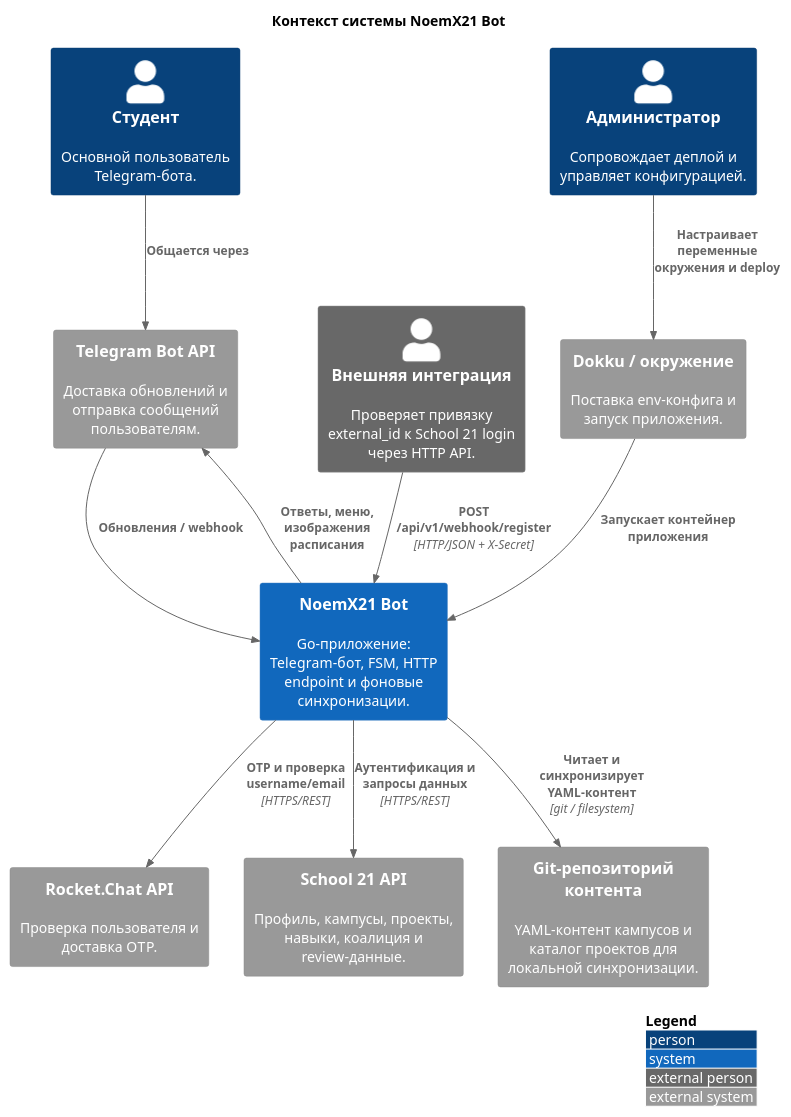
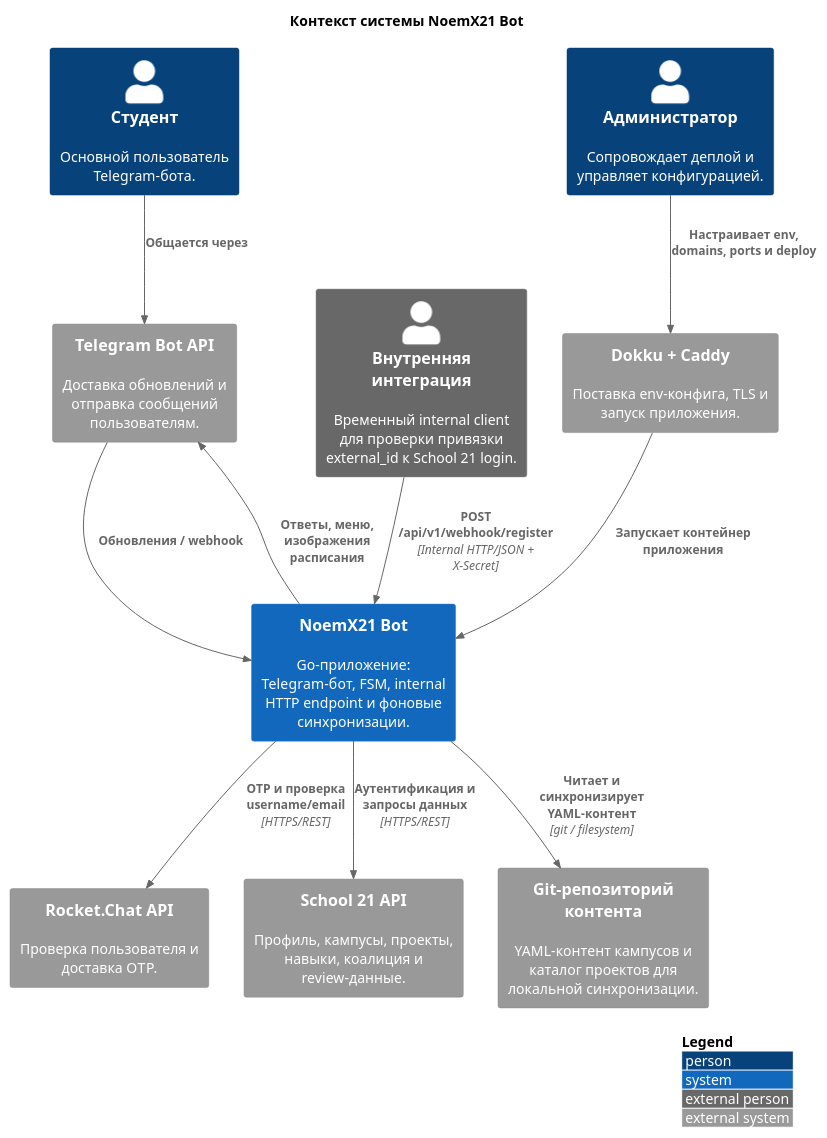
One commit to vgy789/NoemX21-bot changed the diagram in docs/c4/c4_context.puml. Above: the diagram before and after it, drawn with PlantUML. The commit also changed 16 other files, not shown here.

```diff
--- a/docs/c4/c4_context.puml
+++ b/docs/c4/c4_context.puml
@@ -1,32 +1,32 @@
 @startuml
 !include https://raw.githubusercontent.com/plantuml-stdlib/C4-PlantUML/master/C4_Context.puml
 
 LAYOUT_WITH_LEGEND()
 
 title Контекст системы NoemX21 Bot
 
 Person(student, "Студент", "Основной пользователь Telegram-бота.")
 Person(admin, "Администратор", "Сопровождает деплой и управляет конфигурацией.")
-Person_Ext(integrator, "Внешняя интеграция", "Проверяет привязку external_id к School 21 login через HTTP API.")
+Person_Ext(integrator, "Внутренняя интеграция", "Временный internal client для проверки привязки external_id к School 21 login.")
 
-System(bot_system, "NoemX21 Bot", "Go-приложение: Telegram-бот, FSM, HTTP endpoint и фоновые синхронизации.")
+System(bot_system, "NoemX21 Bot", "Go-приложение: Telegram-бот, FSM, internal HTTP endpoint и фоновые синхронизации.")
 
 System_Ext(telegram, "Telegram Bot API", "Доставка обновлений и отправка сообщений пользователям.")
 System_Ext(rocket, "Rocket.Chat API", "Проверка пользователя и доставка OTP.")
 System_Ext(s21, "School 21 API", "Профиль, кампусы, проекты, навыки, коалиция и review-данные.")
 System_Ext(git_repo, "Git-репозиторий контента", "YAML-контент кампусов и каталог проектов для локальной синхронизации.")
-System_Ext(dokku, "Dokku / окружение", "Поставка env-конфига и запуск приложения.")
+System_Ext(dokku, "Dokku + Caddy", "Поставка env-конфига, TLS и запуск приложения.")
 
 Rel(student, telegram, "Общается через")
 Rel(telegram, bot_system, "Обновления / webhook")
 Rel(bot_system, telegram, "Ответы, меню, изображения расписания")
 
 Rel(bot_system, rocket, "OTP и проверка username/email", "HTTPS/REST")
 Rel(bot_system, s21, "Аутентификация и запросы данных", "HTTPS/REST")
 Rel(bot_system, git_repo, "Читает и синхронизирует YAML-контент", "git / filesystem")
 
-Rel(integrator, bot_system, "POST /api/v1/webhook/register", "HTTP/JSON + X-Secret")
-Rel(admin, dokku, "Настраивает переменные окружения и deploy")
+Rel(integrator, bot_system, "POST /api/v1/webhook/register", "Internal HTTP/JSON + X-Secret")
+Rel(admin, dokku, "Настраивает env, domains, ports и deploy")
 Rel(dokku, bot_system, "Запускает контейнер приложения")
 
 @enduml
```
